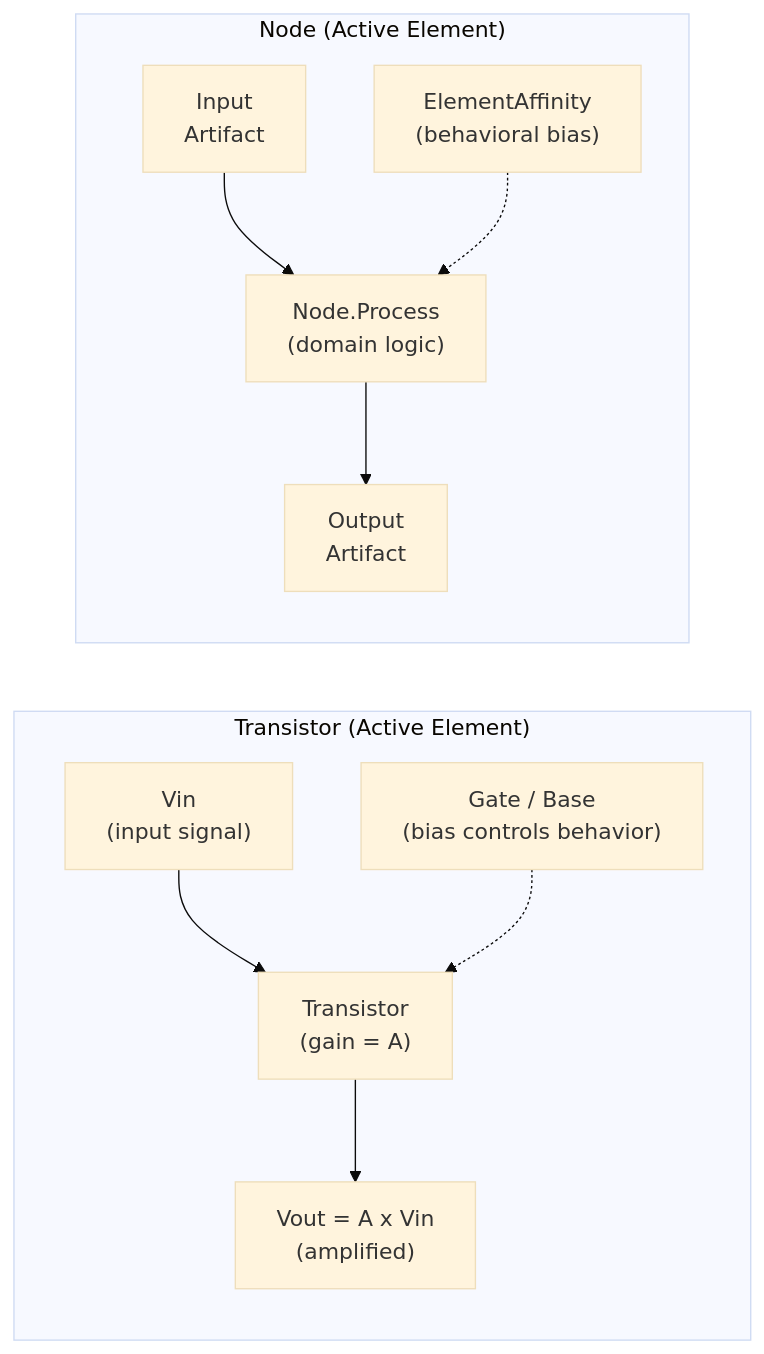
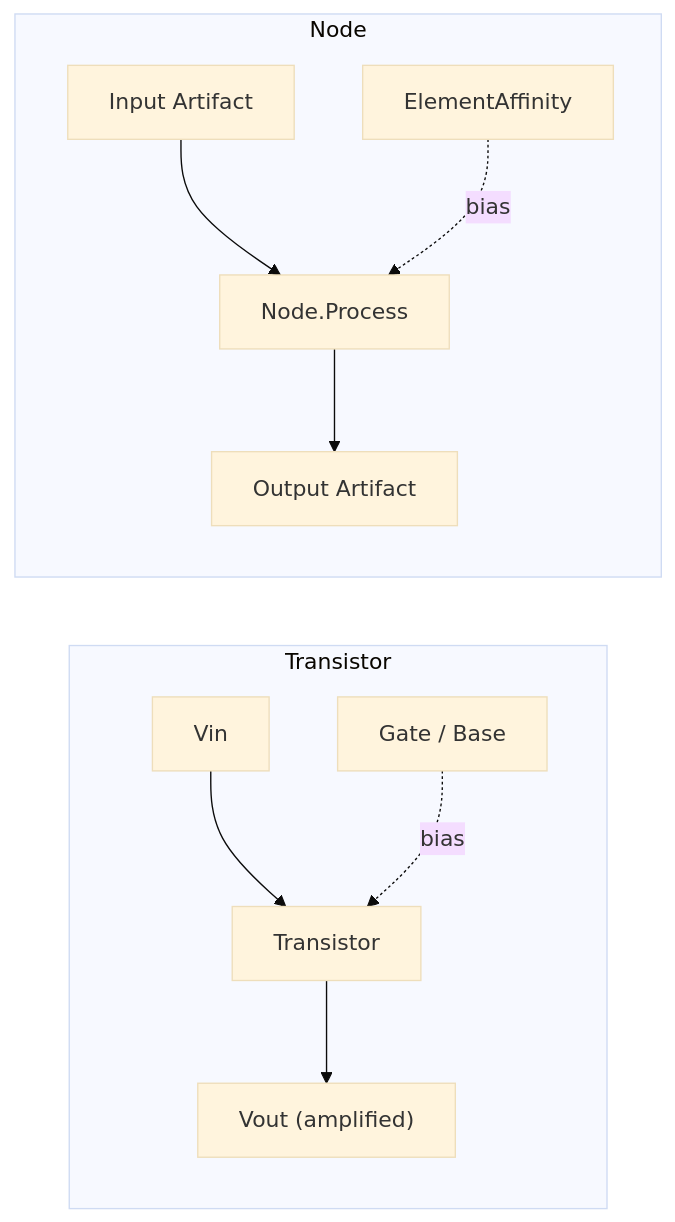
The second of 12 diagrams in .cursor/docs/case-studies/electronic-circuit-theory.md (dpopsuev/origami), drawn with Mermaid (base theme) before and after one commit. The commit also changed other lines of this file, not shown here.

First line of the commit message:
fix(case-studies): clean up mermaid diagram labels and spacing

````diff
--- a/.cursor/docs/case-studies/electronic-circuit-theory.md
+++ b/.cursor/docs/case-studies/electronic-circuit-theory.md
@@ -116,14 +116,14 @@
 ```mermaid
 flowchart LR
-    subgraph transistor ["Transistor (Active Element)"]
-        vin["Vin\n(input signal)"] --> tr["Transistor\n(gain = A)"]
-        gate["Gate / Base\n(bias controls behavior)"] -.-> tr
-        tr --> vout["Vout = A x Vin\n(amplified)"]
+    subgraph transistor ["Transistor"]
+        vin["Vin"] --> tr["Transistor"]
+        gate["Gate / Base"] -.->|"bias"| tr
+        tr --> vout["Vout (amplified)"]
     end
 
-    subgraph nodeOrigami ["Node (Active Element)"]
-        artIn["Input\nArtifact"] --> nd["Node.Process\n(domain logic)"]
-        elem["ElementAffinity\n(behavioral bias)"] -.-> nd
-        nd --> artOut["Output\nArtifact"]
+    subgraph nodeOrigami ["Node"]
+        artIn["Input Artifact"] --> nd["Node.Process"]
+        elem["ElementAffinity"] -.->|"bias"| nd
+        nd --> artOut["Output Artifact"]
     end
 ```
````
